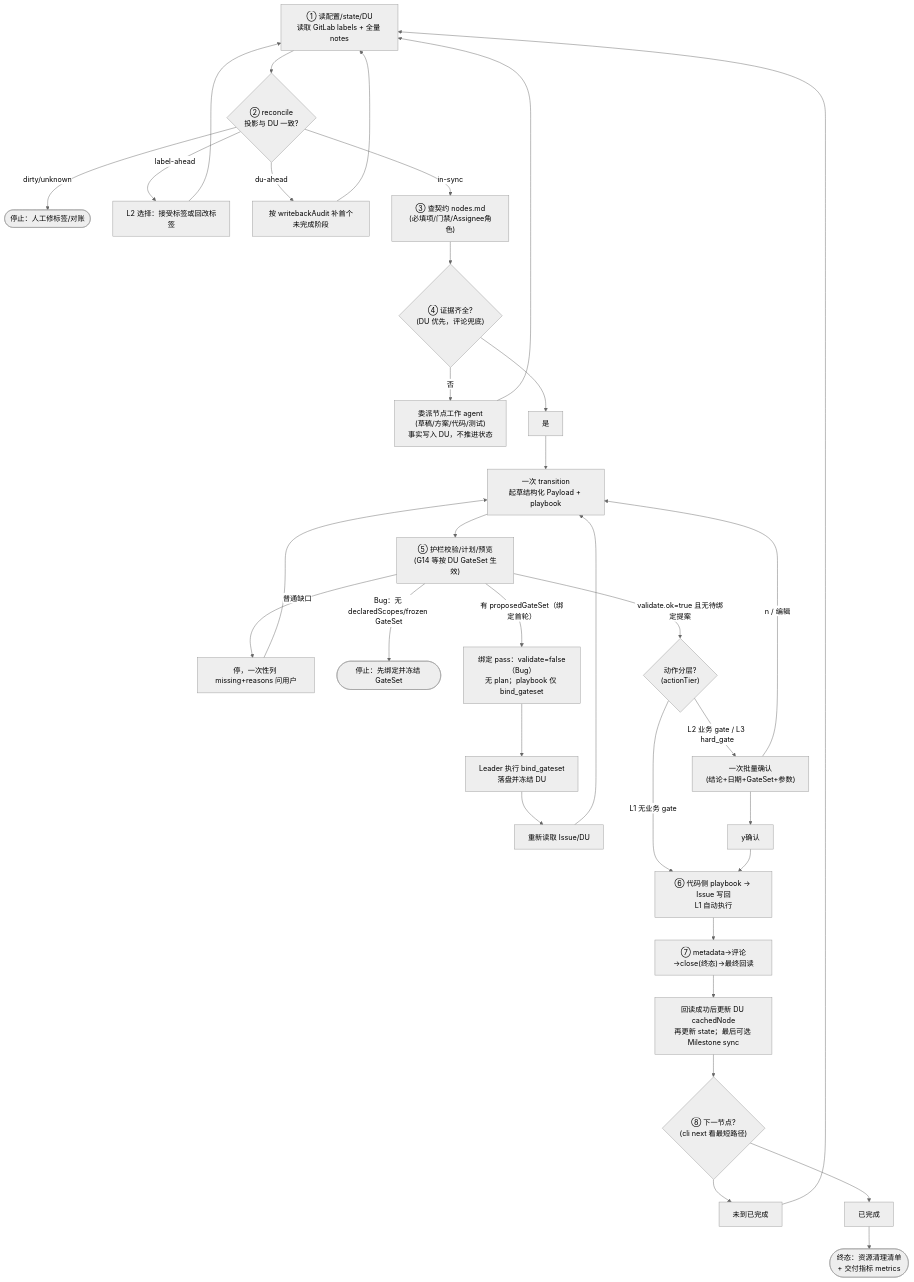
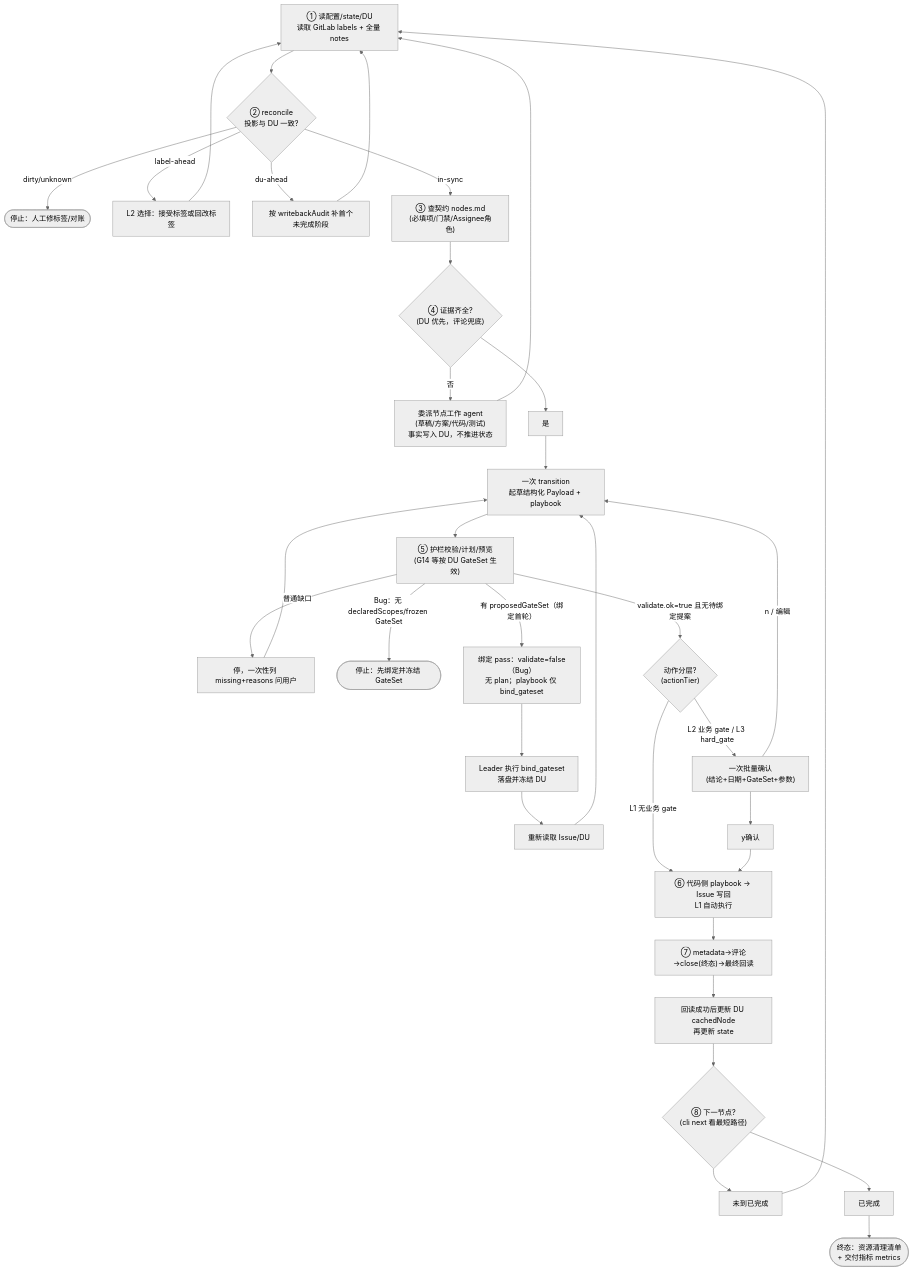
One commit to jinx911/glab-flow changed the second of 3 diagrams in docs/flow.md. Above: the diagram before and after it, drawn with Mermaid (neutral theme). The commit also changed other lines of this file and 42 other files, not shown here.

Commit message:
refactor(flow): remove milestones and weekly planning

````diff
--- a/docs/flow.md
+++ b/docs/flow.md
@@ -60,32 +60,32 @@
 ```mermaid
 flowchart TD
     A["① 读配置/state/DU<br/>读取 GitLab labels + 全量 notes"] --> B{"② reconcile<br/>投影与 DU 一致?"}
     B -->|"dirty/unknown"| DIRTY(["停止：人工修标签/对账"])
     B -->|"label-ahead"| CHOOSE["L2 选择：接受标签或回改标签"]
     B -->|"du-ahead"| RECOVER["按 writebackAudit 补首个未完成阶段"]
     B -->|"in-sync"| C["③ 查契约 nodes.md<br/>(必填项/门禁/Assignee角色)"]
     CHOOSE --> A
     RECOVER --> A
     C --> D{"④ 证据齐全?<br/>(DU 优先，评论兜底)"}
     D -->|"否"| WORK["委派节点工作 agent<br/>(草稿/方案/代码/测试)<br/>事实写入 DU，不推进状态"]
     WORK --> A
     D --> 是 --> PAYLOAD["一次 transition<br/>起草结构化 Payload + playbook"]
     PAYLOAD --> VAL["⑤ 护栏校验/计划/预览<br/>(G14 等按 DU GateSet 生效)"]
     VAL -->|"普通缺口"| ASK["停，一次性列 missing+reasons 问用户"]
     ASK --> PAYLOAD
     VAL -->|"Bug：无 declaredScopes/frozen GateSet"| STOPBIND(["停止：先绑定并冻结 GateSet"])
     VAL -->|"有 proposedGateSet（绑定首轮）"| BIND["绑定 pass：validate=false（Bug）<br/>无 plan；playbook 仅 bind_gateset"]
     BIND --> BOUND["Leader 执行 bind_gateset<br/>落盘并冻结 DU"]
     BOUND --> RELOAD["重新读取 Issue/DU"]
     RELOAD --> PAYLOAD
     VAL -->|"validate.ok=true 且无待绑定提案"| TIER{"动作分层?<br/>(actionTier)"}
     TIER -->|"L1 无业务 gate"| APP["⑥ 代码侧 playbook → Issue 写回<br/>L1 自动执行"]
     TIER -->|"L2 业务 gate / L3 hard_gate"| PREV["一次批量确认<br/>(结论+日期+GateSet+参数)"]
     PREV -->|"n / 编辑"| PAYLOAD
     PREV --> y确认 --> APP
     APP --> READBACK["⑦ metadata→评论→close(终态)→最终回读"]
-    READBACK --> CACHE["回读成功后更新 DU cachedNode<br/>再更新 state；最后可选 Milestone sync"]
+    READBACK --> CACHE["回读成功后更新 DU cachedNode<br/>再更新 state"]
     CACHE --> NEXT{"⑧ 下一节点?<br/>(cli next 看最短路径)"}
     NEXT --> 未到已完成 --> A
     NEXT --> 已完成 --> DONE(["终态：资源清理清单<br/>+ 交付指标 metrics"])
 ```
````
